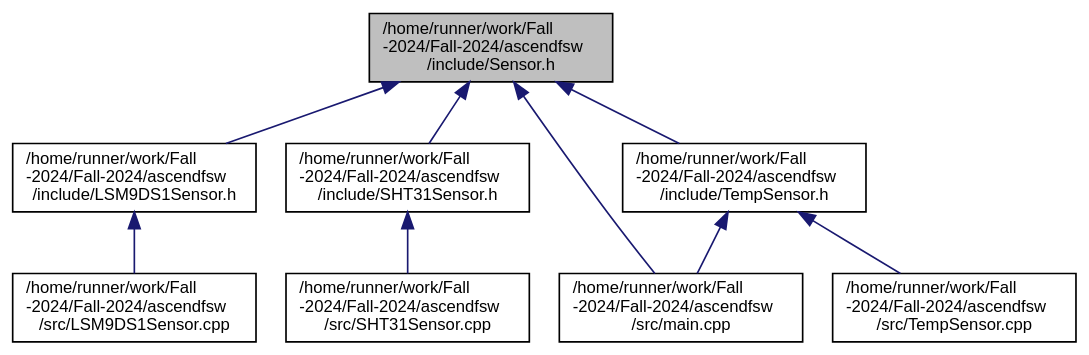
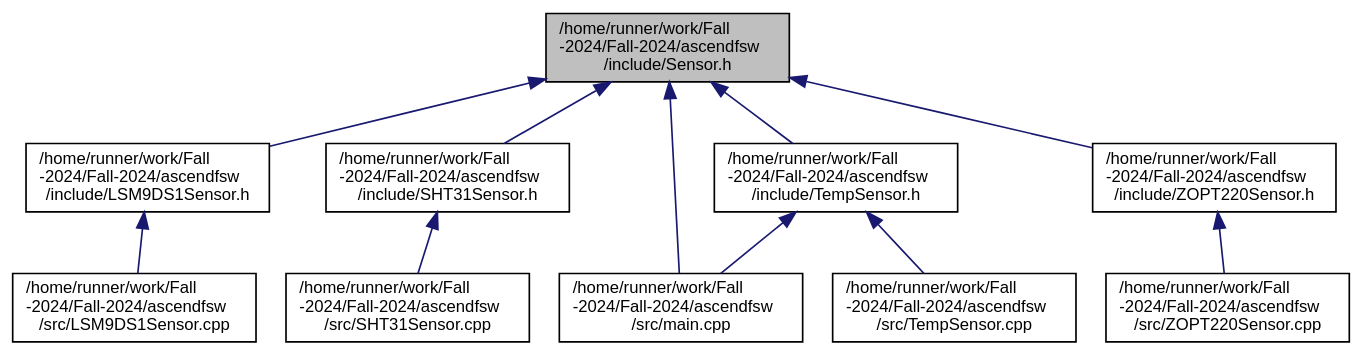
One commit to ASU-ASCEND/Fall-2024 changed the diagram in docs/Sensor_8h__dep__incl.dot. Above: the diagram before and after it, drawn with Graphviz. The commit also changed 94 other files, not shown here.

```diff
--- a/docs/Sensor_8h__dep__incl.dot
+++ b/docs/Sensor_8h__dep__incl.dot
@@ -1,24 +1,28 @@
 digraph "/home/runner/work/Fall-2024/Fall-2024/ascendfsw/include/Sensor.h"
 {
  // INTERACTIVE_SVG=YES
  // LATEX_PDF_SIZE
   bgcolor="transparent";
   edge [fontname="Helvetica",fontsize="10",labelfontname="Helvetica",labelfontsize="10"];
   node [fontname="Helvetica",fontsize="10",shape=record];
   Node1 [label="/home/runner/work/Fall\l-2024/Fall-2024/ascendfsw\l/include/Sensor.h",height=0.2,width=0.4,color="black", fillcolor="grey75", style="filled", fontcolor="black",tooltip=" "];
   Node1 -> Node2 [dir="back",color="midnightblue",fontsize="10",style="solid",fontname="Helvetica"];
   Node2 [label="/home/runner/work/Fall\l-2024/Fall-2024/ascendfsw\l/include/LSM9DS1Sensor.h",height=0.2,width=0.4,color="black",URL="$LSM9DS1Sensor_8h.html",tooltip=" "];
   Node2 -> Node3 [dir="back",color="midnightblue",fontsize="10",style="solid",fontname="Helvetica"];
   Node3 [label="/home/runner/work/Fall\l-2024/Fall-2024/ascendfsw\l/src/LSM9DS1Sensor.cpp",height=0.2,width=0.4,color="black",URL="$LSM9DS1Sensor_8cpp.html",tooltip=" "];
   Node1 -> Node4 [dir="back",color="midnightblue",fontsize="10",style="solid",fontname="Helvetica"];
   Node4 [label="/home/runner/work/Fall\l-2024/Fall-2024/ascendfsw\l/include/SHT31Sensor.h",height=0.2,width=0.4,color="black",URL="$SHT31Sensor_8h.html",tooltip=" "];
   Node4 -> Node5 [dir="back",color="midnightblue",fontsize="10",style="solid",fontname="Helvetica"];
   Node5 [label="/home/runner/work/Fall\l-2024/Fall-2024/ascendfsw\l/src/SHT31Sensor.cpp",height=0.2,width=0.4,color="black",URL="$SHT31Sensor_8cpp.html",tooltip=" "];
   Node1 -> Node6 [dir="back",color="midnightblue",fontsize="10",style="solid",fontname="Helvetica"];
   Node6 [label="/home/runner/work/Fall\l-2024/Fall-2024/ascendfsw\l/include/TempSensor.h",height=0.2,width=0.4,color="black",URL="$TempSensor_8h.html",tooltip=" "];
   Node6 -> Node7 [dir="back",color="midnightblue",fontsize="10",style="solid",fontname="Helvetica"];
   Node7 [label="/home/runner/work/Fall\l-2024/Fall-2024/ascendfsw\l/src/main.cpp",height=0.2,width=0.4,color="black",URL="$main_8cpp.html",tooltip=" "];
   Node6 -> Node8 [dir="back",color="midnightblue",fontsize="10",style="solid",fontname="Helvetica"];
   Node8 [label="/home/runner/work/Fall\l-2024/Fall-2024/ascendfsw\l/src/TempSensor.cpp",height=0.2,width=0.4,color="black",URL="$TempSensor_8cpp.html",tooltip=" "];
+  Node1 -> Node9 [dir="back",color="midnightblue",fontsize="10",style="solid",fontname="Helvetica"];
+  Node9 [label="/home/runner/work/Fall\l-2024/Fall-2024/ascendfsw\l/include/ZOPT220Sensor.h",height=0.2,width=0.4,color="black",URL="$ZOPT220Sensor_8h.html",tooltip=" "];
+  Node9 -> Node10 [dir="back",color="midnightblue",fontsize="10",style="solid",fontname="Helvetica"];
+  Node10 [label="/home/runner/work/Fall\l-2024/Fall-2024/ascendfsw\l/src/ZOPT220Sensor.cpp",height=0.2,width=0.4,color="black",URL="$ZOPT220Sensor_8cpp.html",tooltip=" "];
   Node1 -> Node7 [dir="back",color="midnightblue",fontsize="10",style="solid",fontname="Helvetica"];
 }
```
